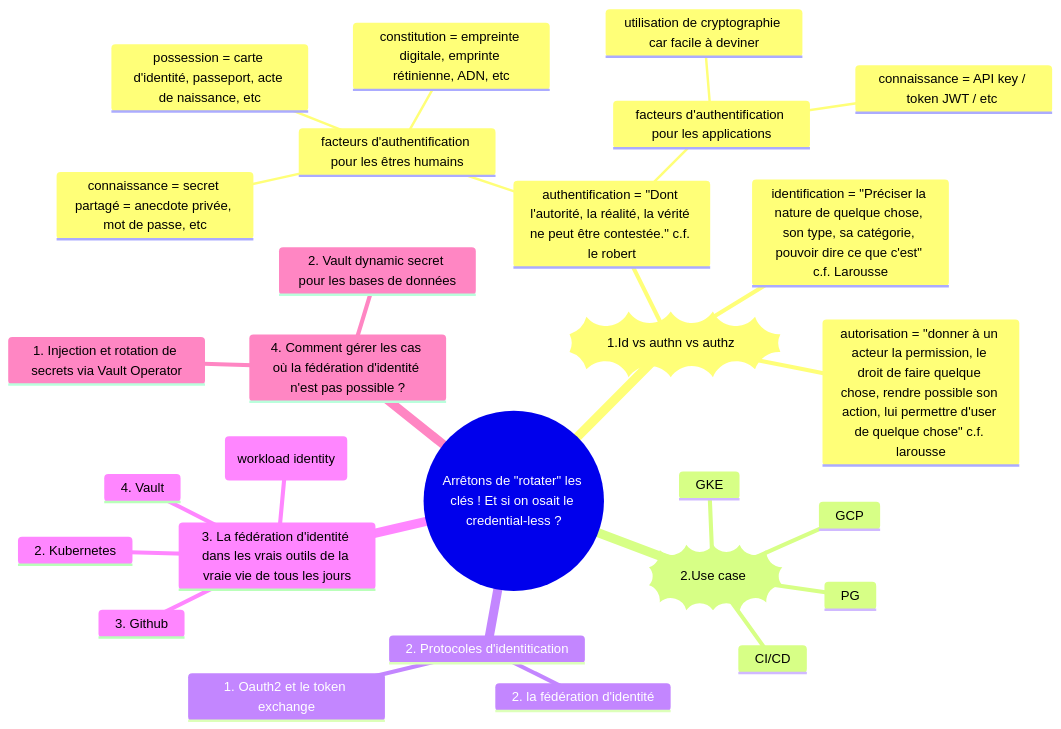
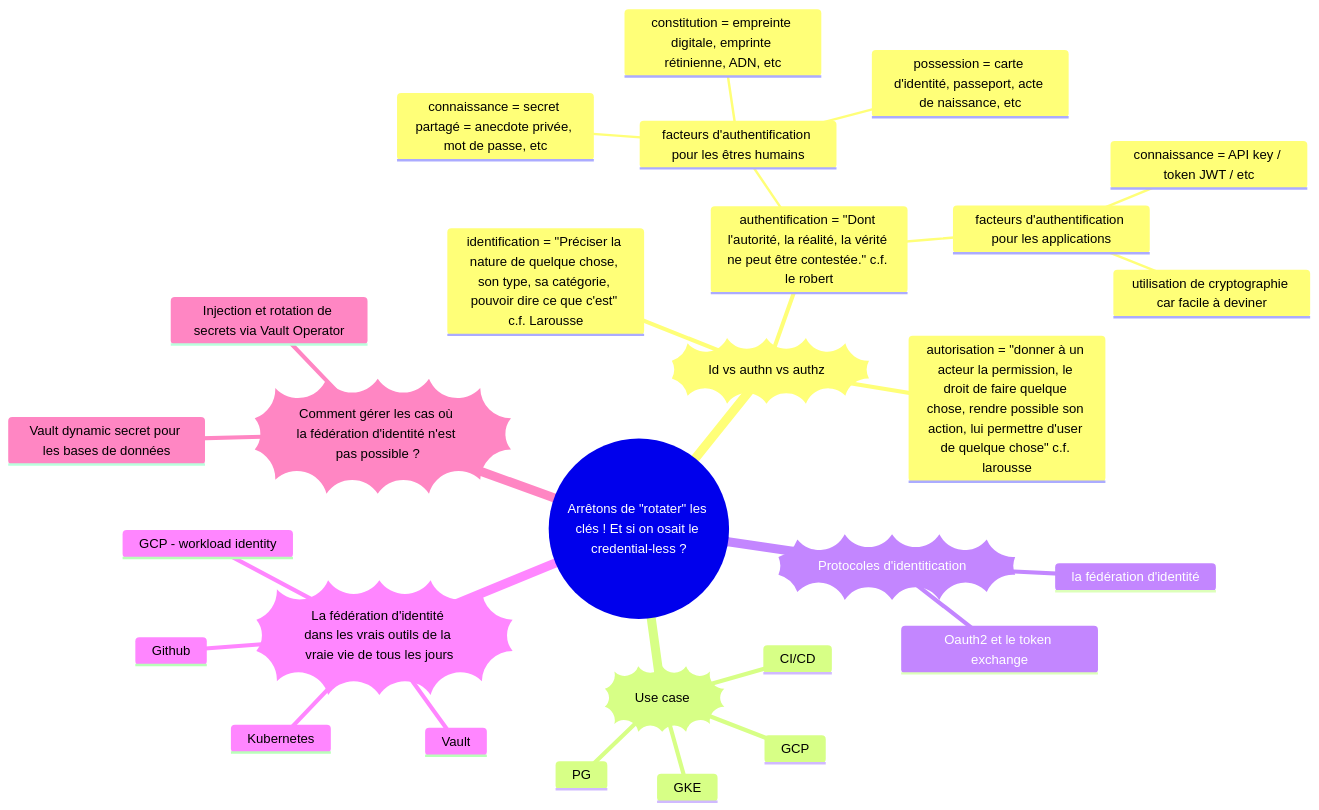
One commit to bogaertg/credentials-less-slides changed the first of 2 diagrams in MindMap.md. Above: the diagram before and after it, drawn with Mermaid. The commit also changed other lines of this file and 12 other files, not shown here.

````diff
--- a/MindMap.md
+++ b/MindMap.md
@@ -1,31 +1,31 @@
 ```mermaid
 mindmap
   root((Arrêtons de "rotater" les clés ! Et si on osait le credential-less ?))
-    1 ))1.Id vs authn vs authz((
+    ))Id vs authn vs authz((
         identification = "Préciser la nature de quelque chose, son type, sa catégorie, pouvoir dire ce que c'est" c.f. Larousse
         authentification = "Dont l'autorité, la réalité, la vérité ne peut être contestée." c.f. le robert
             facteurs d'authentification pour les êtres humains
                 connaissance = secret partagé = anecdote privée, mot de passe, etc
                 possession = carte d'identité, passeport, acte de naissance, etc
                 constitution = empreinte digitale, emprinte rétinienne, ADN, etc
             facteurs d'authentification pour les applications
-                connaissance = API key / token JWT / etc 
+                connaissance = API key / token JWT / etc
                 utilisation de cryptographie car facile à deviner
         autorisation = "donner à un acteur la permission, le droit de faire quelque chose, rendre possible son action, lui permettre d'user de quelque chose" c.f. larousse
-    2 ))2.Use case((
+    ))Use case((
         CI/CD
         GCP
         GKE
         PG
-    2. Protocoles d'identitication
-      1. Oauth2 et le token exchange
-      2. la fédération d'identité
-    3. La fédération d'identité dans les vrais outils de la vraie vie de tous les jours
-      1. GCP (workload identity)
-      2. Kubernetes
-      3. Github
-      4. Vault
-    4. Comment gérer les cas où la fédération d'identité n'est pas possible ?
-      1. Injection et rotation de secrets via Vault Operator
-      2. Vault dynamic secret pour les bases de données
+    ))Protocoles d'identitication((
+        Oauth2 et le token exchange
+        la fédération d'identité
+    ))La fédération d'identité dans les vrais outils de la vraie vie de tous les jours((
+        GCP - workload identity
+        Kubernetes
+        Github
+        Vault
+    ))Comment gérer les cas où la fédération d'identité n'est pas possible ?((
+        Injection et rotation de secrets via Vault Operator
+        Vault dynamic secret pour les bases de données
 ```
````
